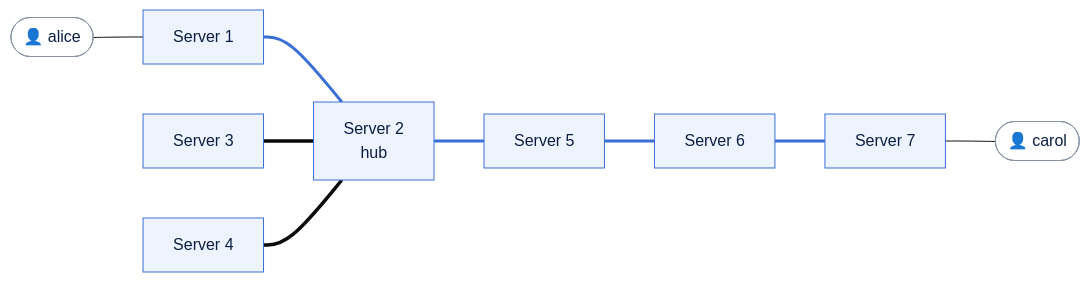
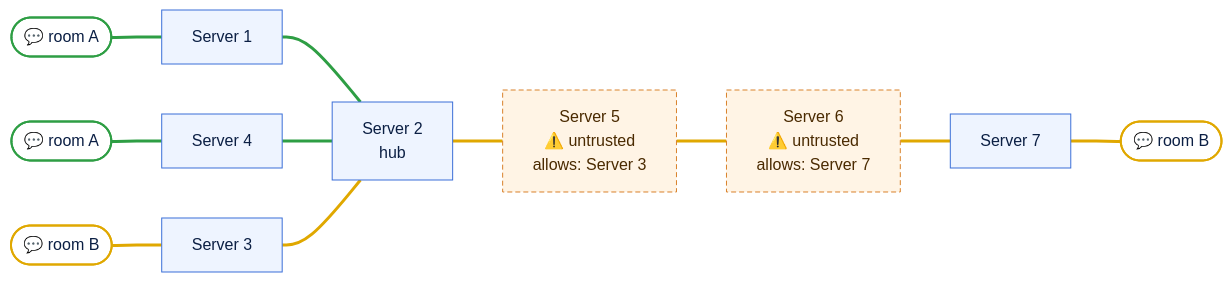
One commit to besteffortdev/openfire-federation changed the diagram in README.md. Above: the diagram before and after it, drawn with Mermaid (base theme). The commit also changed other lines of this file, not shown here.

Commit message:
Update readme diagrame

````diff
--- a/README.md
+++ b/README.md
@@ -12,17 +12,24 @@
 ```mermaid
 flowchart LR
-    alice(["👤 alice"]) --- S1
-    S1[Server 1] === S2
+    R1(["💬 room A"]) --- S1
+    R4(["💬 room A"]) --- S4
+    R3(["💬 room B"]) --- S3
+    S1[Server 1] === S2[Server 2<br/>hub]
+    S4[Server 4] === S2
     S3[Server 3] === S2
-    S4[Server 4] === S2
-    S2[Server 2<br/>hub] === S5[Server 5]
-    S5 === S6[Server 6]
+    S2 === S5["Server 5<br/>⚠️ untrusted<br/>allows: Server 3"]
+    S5 === S6["Server 6<br/>⚠️ untrusted<br/>allows: Server 7"]
     S6 === S7[Server 7]
-    S7 --- carol(["👤 carol"])
+    S7 --- R7(["💬 room B"])
 
     classDef server fill:#eef4ff,stroke:#3b6fd8,color:#0b1f44
-    classDef user fill:#ffffff,stroke:#8a94a6,color:#0b1f44
-    class S1,S2,S3,S4,S5,S6,S7 server
-    class alice,carol user
-    linkStyle 1,4,5,6 stroke:#3b6fd8,stroke-width:3px
+    classDef untrusted fill:#fff4e5,stroke:#d9822b,stroke-dasharray:5 3,color:#4a2a00
+    classDef roomA fill:#ffffff,stroke:#2e9e44,stroke-width:2px,color:#0b1f44
+    classDef roomB fill:#ffffff,stroke:#e0a800,stroke-width:2px,color:#0b1f44
+    class S1,S2,S3,S4,S7 server
+    class S5,S6 untrusted
+    class R1,R4 roomA
+    class R3,R7 roomB
+    linkStyle 0,1,3,4 stroke:#2e9e44,stroke-width:3px
+    linkStyle 2,5,6,7,8,9 stroke:#e0a800,stroke-width:3px
 ```
````
